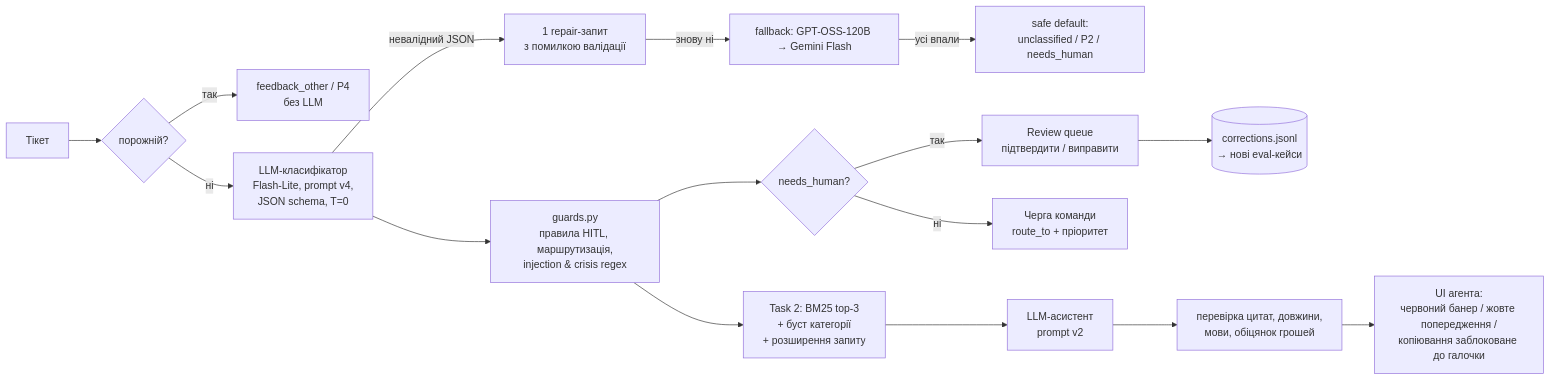
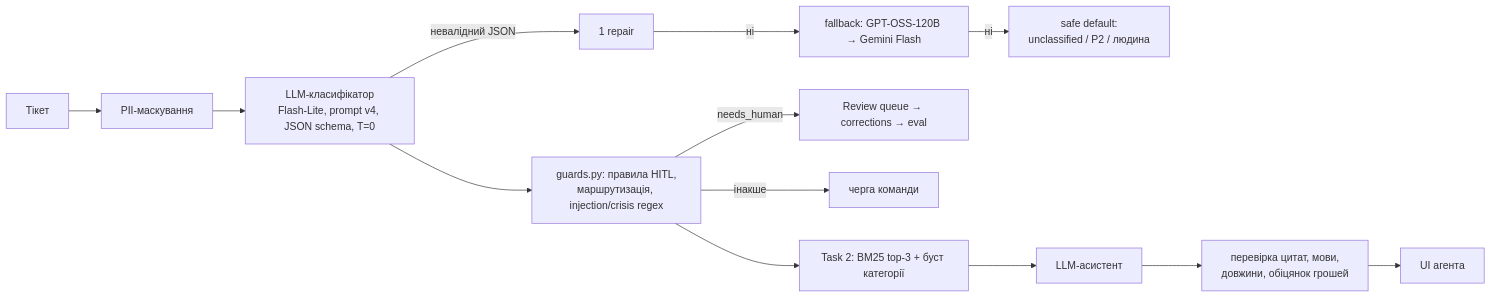
The diagram in REPORT.md (ibahrii/obrio-aiops-test), drawn with Mermaid before and after one commit. The commit also changed other lines of this file and 2 other files, not shown here.

First line of the commit message:
Restructure report: condensed REPORT.md (~7 pages, 15 sections as in the task) + full details in docs/APPENDIX.md

````diff
--- a/REPORT.md
+++ b/REPORT.md
@@ -19,18 +30,9 @@
 ```mermaid
 flowchart LR
-    T[Тікет] --> E{порожній?}
-    E -- так --> R0[feedback_other / P4<br/>без LLM]
-    E -- ні --> C[LLM-класифікатор<br/>Flash-Lite, prompt v4,<br/>JSON schema, T=0]
-    C -->|невалідний JSON| RP[1 repair-запит<br/>з помилкою валідації]
-    RP -->|знову ні| FB[fallback: GPT-OSS-120B → Gemini Flash]
-    FB -->|усі впали| SD[safe default:<br/>unclassified / P2 / needs_human]
-    C --> G[guards.py<br/>правила HITL, маршрутизація,<br/>injection & crisis regex]
-    G --> Q{needs_human?}
-    Q -- так --> RQ[Review queue<br/>підтвердити / виправити]
-    RQ --> CJ[(corrections.jsonl<br/>→ нові eval-кейси)]
-    Q -- ні --> RT[Черга команди<br/>route_to + пріоритет]
-    G --> A[Task 2: BM25 top-3<br/>+ буст категорії<br/>+ розширення запиту]
-    A --> L2[LLM-асистент<br/>prompt v2]
-    L2 --> V[перевірка цитат, довжини,<br/>мови, обіцянок грошей]
-    V --> UI[UI агента:<br/>червоний банер / жовте попередження /<br/>копіювання заблоковане до галочки]
+    T[Тікет] --> M[PII-маскування] --> C[LLM-класифікатор<br/>Flash-Lite, prompt v4, JSON schema, T=0]
+    C -->|невалідний JSON| RP[1 repair] -->|ні| FB[fallback: GPT-OSS-120B → Gemini Flash] -->|ні| SD[safe default:<br/>unclassified / P2 / людина]
+    C --> G[guards.py: правила HITL,<br/>маршрутизація, injection/crisis regex]
+    G -->|needs_human| RQ[Review queue → corrections → eval]
+    G -->|інакше| Q[черга команди]
+    G --> A[Task 2: BM25 top-3 + буст категорії] --> L2[LLM-асистент] --> V[перевірка цитат, мови,<br/>довжини, обіцянок грошей] --> UI[UI агента]
 ```
````
